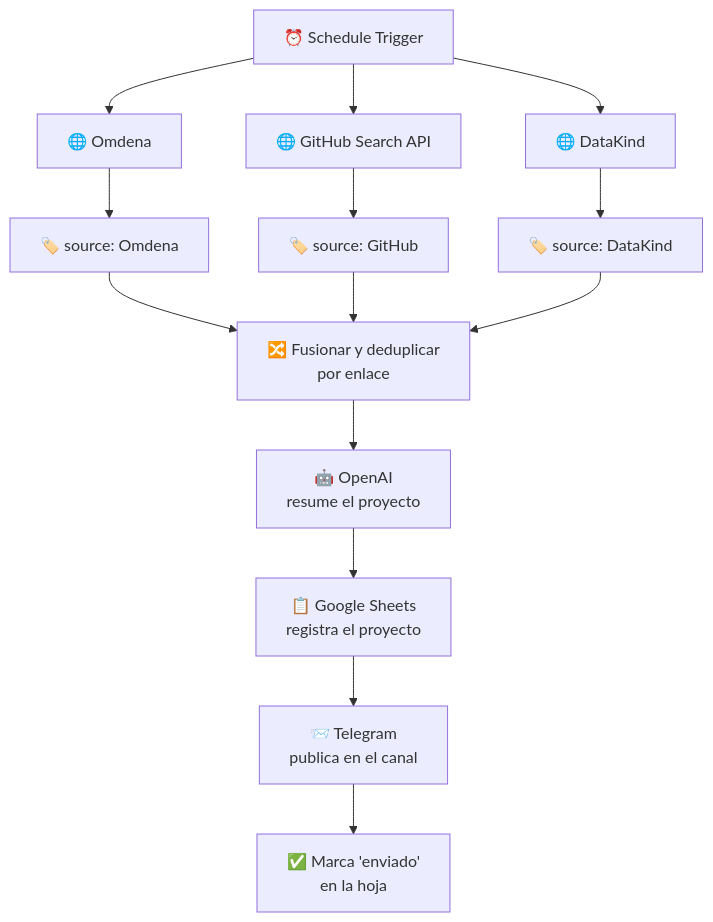
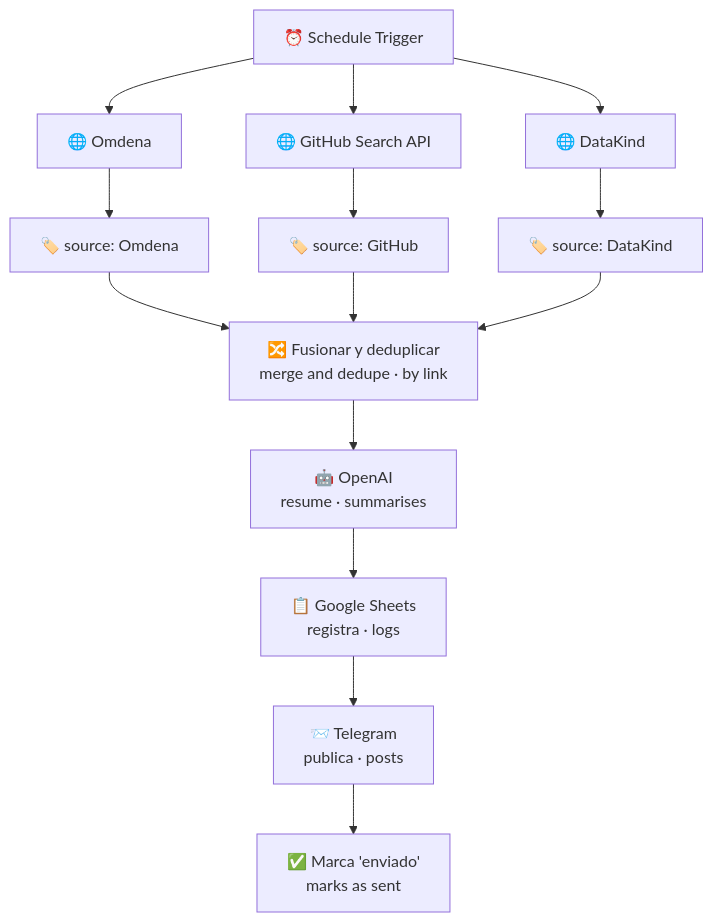
Before and after one commit to thaisbrandao/volunteer-ai-bot: the diagram in README.md, drawn with Mermaid. The commit also changed other lines of this file, not shown here.

````diff
--- a/README.md
+++ b/README.md
@@ -32,16 +35,16 @@
 ```mermaid
 flowchart TD
     A["⏰ Schedule Trigger"] --> B["🌐 Omdena"]
     A --> C["🌐 GitHub Search API"]
     A --> D["🌐 DataKind"]
     B --> B2["🏷️ source: Omdena"]
     C --> C2["🏷️ source: GitHub"]
     D --> D2["🏷️ source: DataKind"]
-    B2 --> E["🔀 Fusionar y deduplicar<br/>por enlace"]
+    B2 --> E["🔀 Fusionar y deduplicar<br/>merge and dedupe · by link"]
     C2 --> E
     D2 --> E
-    E --> F["🤖 OpenAI<br/>resume el proyecto"]
-    F --> G["📋 Google Sheets<br/>registra el proyecto"]
-    G --> H["📨 Telegram<br/>publica en el canal"]
-    H --> I["✅ Marca 'enviado'<br/>en la hoja"]
+    E --> F["🤖 OpenAI<br/>resume · summarises"]
+    F --> G["📋 Google Sheets<br/>registra · logs"]
+    G --> H["📨 Telegram<br/>publica · posts"]
+    H --> I["✅ Marca 'enviado'<br/>marks as sent"]
 ```
````
